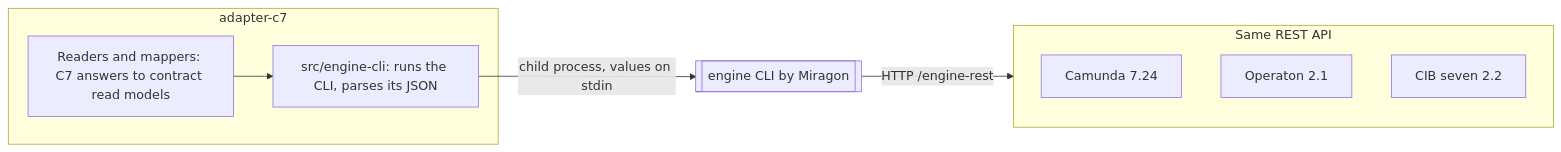
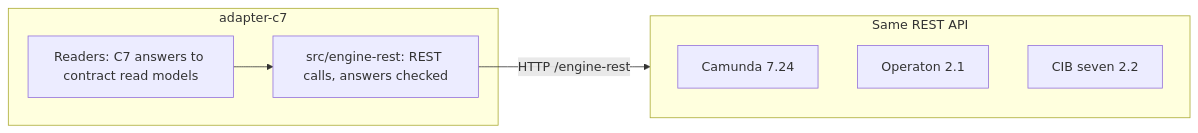
One commit to Miragon/pulse changed the fourth of 7 diagrams in apps/vscode/docs/architecture-overview.md. Above: the diagram before and after it, drawn with Mermaid. The commit also changed other lines of this file and 268 other files, not shown here.

````diff
--- a/apps/vscode/docs/architecture-overview.md
+++ b/apps/vscode/docs/architecture-overview.md
@@ -151,16 +145,14 @@
 ```mermaid
 flowchart LR
   subgraph adapter [adapter-c7]
-    readers[Readers and mappers: C7 answers to contract read models]
-    wrapper[src/engine-cli: runs the CLI, parses its JSON]
+    readers[Readers: C7 answers to contract read models]
+    rest[src/engine-rest: REST calls, answers checked]
   end
-  cli[[engine CLI by Miragon]]
   subgraph family [Same REST API]
     camunda7[Camunda 7.24]
     operaton[Operaton 2.1]
     cibseven[CIB seven 2.2]
   end
-  readers --> wrapper
-  wrapper -- child process, values on stdin --> cli
-  cli -- HTTP /engine-rest --> family
+  readers --> rest
+  rest -- HTTP /engine-rest --> family
 ```
````
